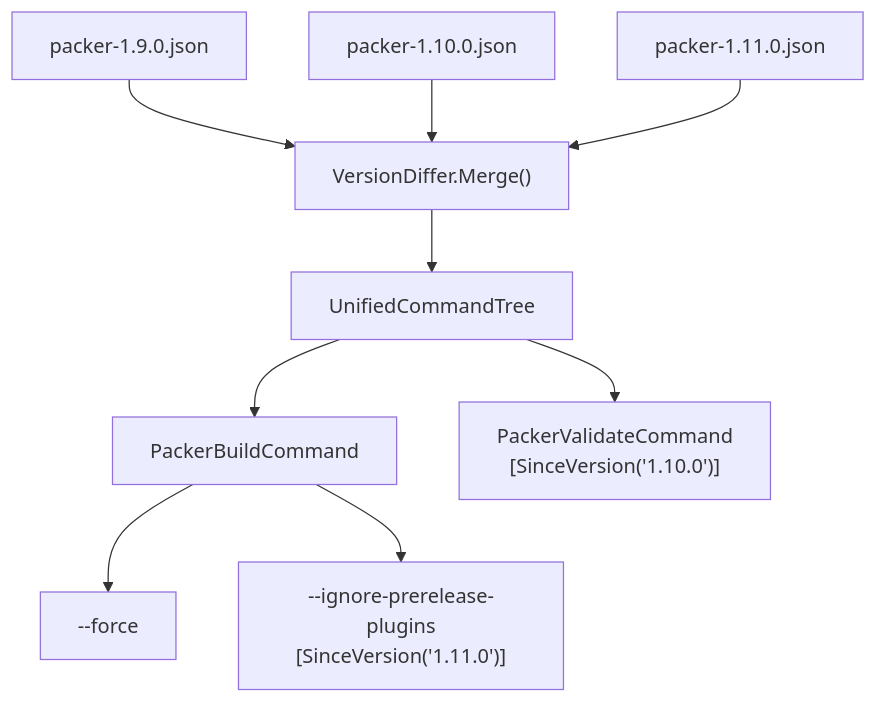
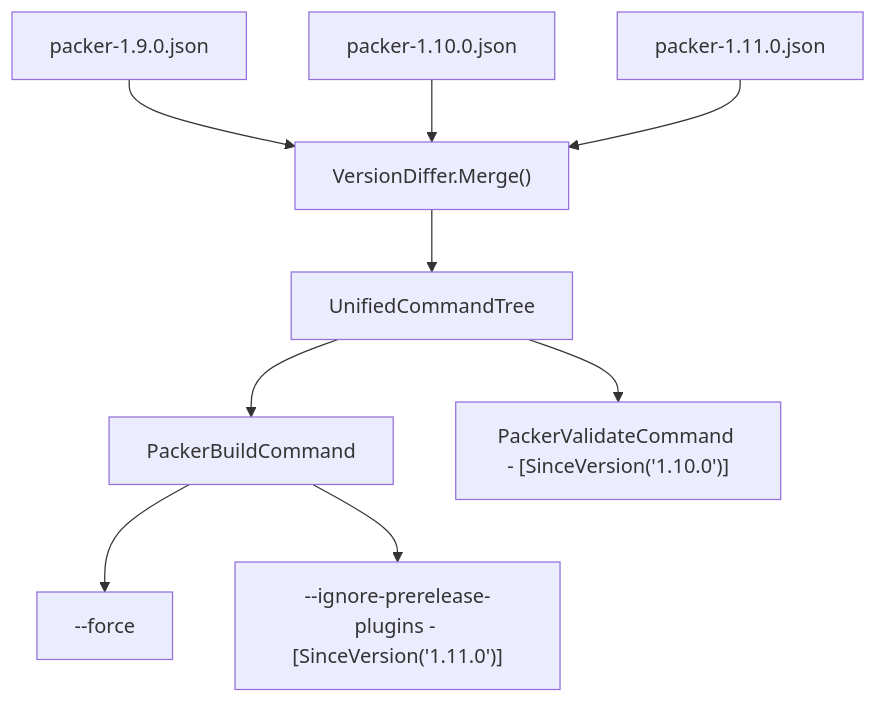
Before and after one commit to FrenchExDev/FrenchExDev: the second of 2 diagrams in Net/FrenchExDev/BinaryWrapper/README.md, drawn with Mermaid. The commit also changed other lines of this file and 2 other files, not shown here.

Commit message:
fix: mermaid markdown

````diff
--- a/Net/FrenchExDev/BinaryWrapper/README.md
+++ b/Net/FrenchExDev/BinaryWrapper/README.md
@@ -137,11 +137,11 @@
 ```mermaid
 flowchart TD
     V1["packer-1.9.0.json"] --> M["VersionDiffer.Merge()"]
     V2["packer-1.10.0.json"] --> M
     V3["packer-1.11.0.json"] --> M
     M --> U["UnifiedCommandTree"]
     U --> C1["PackerBuildCommand"]
-    U --> C2["PackerValidateCommand<br>[SinceVersion('1.10.0')]"]
+    U --> C2["PackerValidateCommand - [SinceVersion('1.10.0')]"]
     C1 --> O1["--force"]
-    C1 --> O2["--ignore-prerelease-plugins<br>[SinceVersion('1.11.0')]"]
+    C1 --> O2["--ignore-prerelease-plugins - [SinceVersion('1.11.0')]"]
 ```
````
